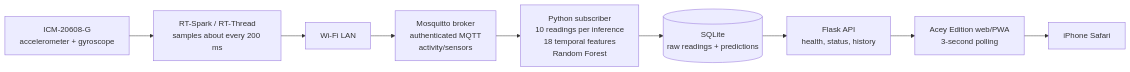
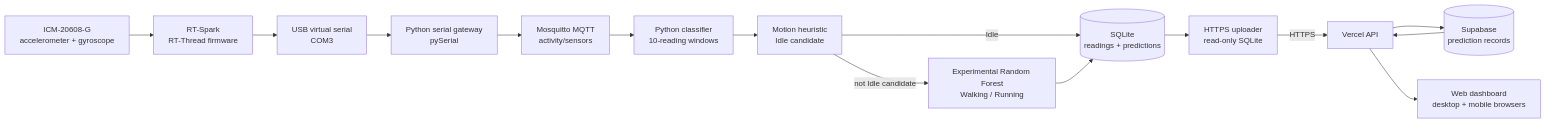
Before and after one commit to Atoyyyyyy/Activity-Recognition: the diagram in README.md, drawn with Mermaid. The commit also changed other lines of this file, not shown here.

````diff
--- a/README.md
+++ b/README.md
@@ -13,14 +46,22 @@
 ```mermaid
 flowchart LR
-    Sensor[ICM-20608-G<br/>accelerometer + gyroscope]
-    Board[RT-Spark / RT-Thread<br/>samples about every 200 ms]
-    Wifi[Wi-Fi LAN]
-    Broker[Mosquitto broker<br/>authenticated MQTT<br/>activity/sensors]
-    Subscriber[Python subscriber<br/>10 readings per inference<br/>18 temporal features<br/>Random Forest]
-    DB[(SQLite<br/>raw readings + predictions)]
-    Flask[Flask API<br/>health, status, history]
-    Dashboard[Acey Edition web/PWA<br/>3-second polling]
-    Phone[iPhone Safari]
-    Sensor --> Board --> Wifi --> Broker --> Subscriber --> DB
-    DB --> Flask --> Dashboard --> Phone
+    SENSOR[ICM-20608-G<br/>accelerometer + gyroscope]
+    BOARD[RT-Spark<br/>RT-Thread firmware]
+    SERIAL[USB virtual serial<br/>COM3]
+    GATEWAY[Python serial gateway<br/>pySerial]
+    MQTT[Mosquitto MQTT<br/>activity/sensors]
+    CLASSIFIER[Python classifier<br/>10-reading windows]
+    IDLE[Motion heuristic<br/>Idle candidate]
+    RF[Experimental Random Forest<br/>Walking / Running]
+    SQLITE[(SQLite<br/>readings + predictions)]
+    UPLOADER[HTTPS uploader<br/>read-only SQLite]
+    API[Vercel API]
+    SUPABASE[(Supabase<br/>prediction records)]
+    DASHBOARD[Web dashboard<br/>desktop + mobile browsers]
+
+    SENSOR --> BOARD --> SERIAL --> GATEWAY --> MQTT --> CLASSIFIER
+    CLASSIFIER --> IDLE
+    IDLE -->|Idle| SQLITE
+    IDLE -->|not Idle candidate| RF --> SQLITE
+    SQLITE --> UPLOADER -->|HTTPS| API --> SUPABASE --> API --> DASHBOARD
 ```
````
